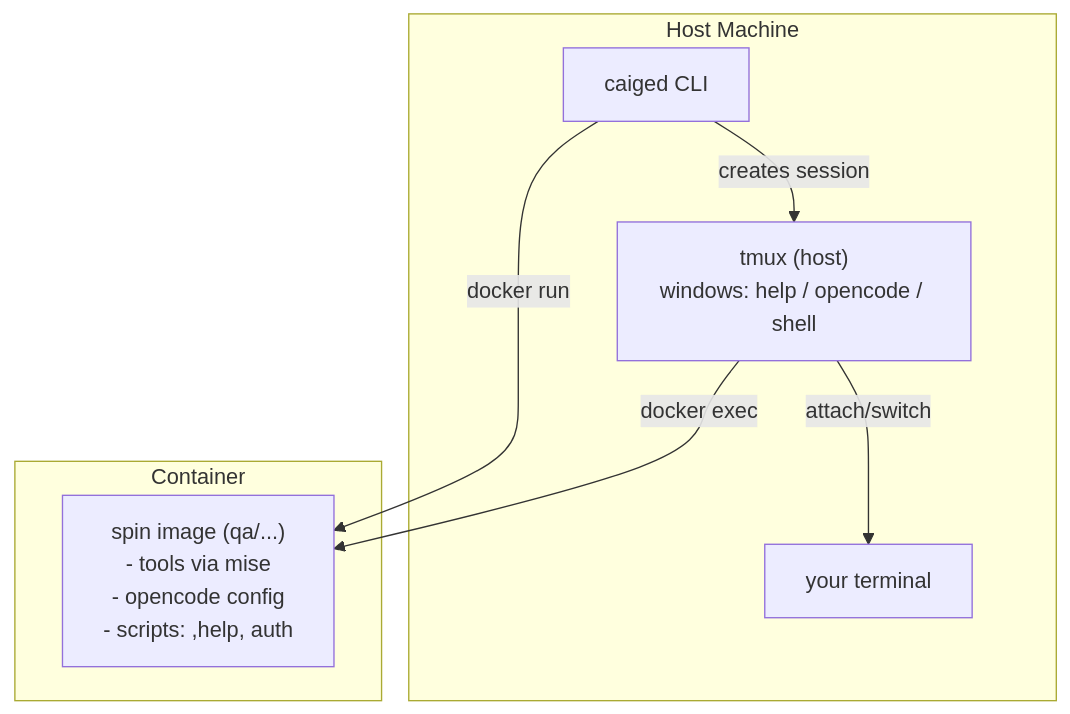
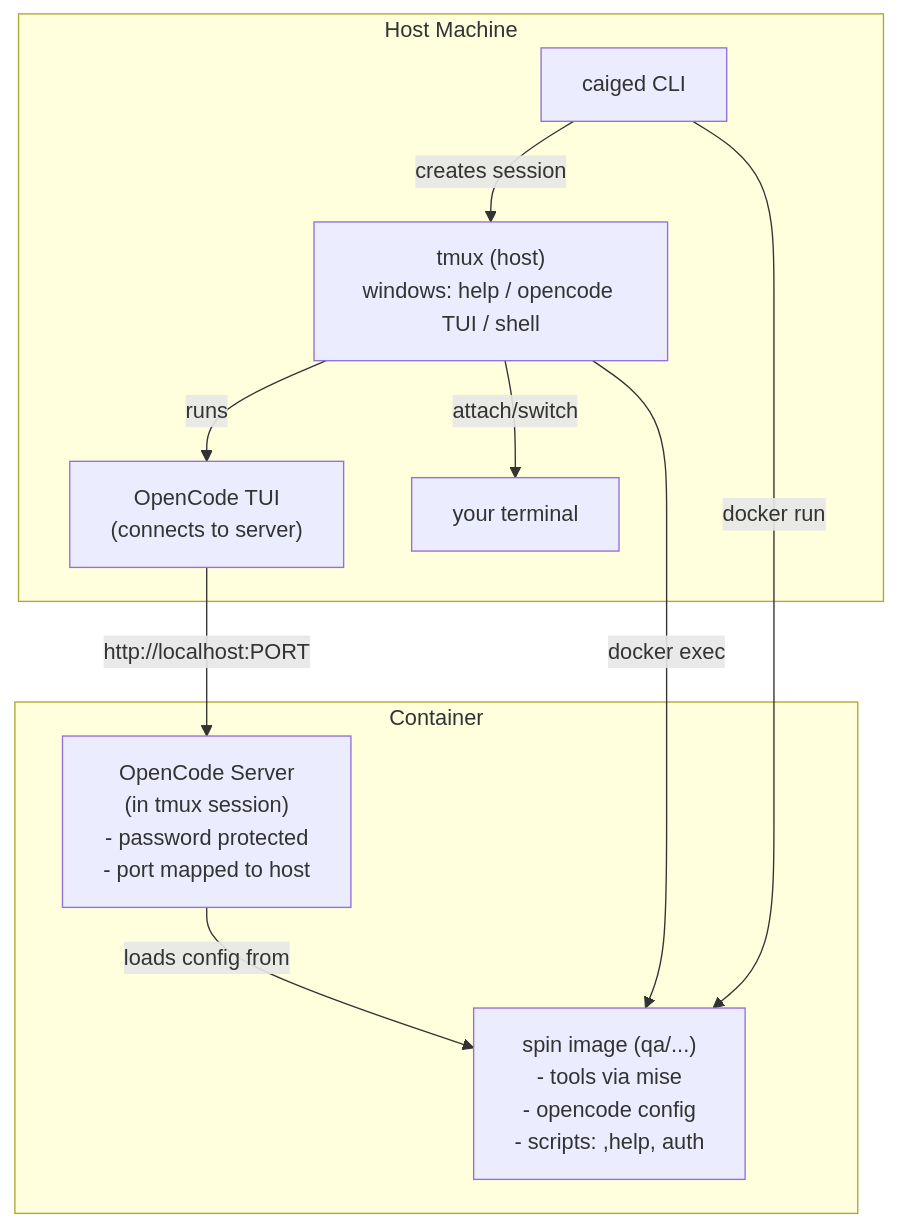
Before and after one commit to david-krentzlin/caiged: the diagram in README.md, drawn with Mermaid. The commit also changed other lines of this file and 16 other files, not shown here.

Commit message:
use opencode in server mode

````diff
--- a/README.md
+++ b/README.md
@@ -98,17 +120,22 @@
 ```mermaid
 flowchart TB
   subgraph Host[Host Machine]
     CLI[caiged CLI]
-    TMUX["tmux (host)<br/>windows: help / opencode / shell"]
+    TMUX["tmux (host)<br/>windows: help / opencode TUI / shell"]
+    TUI["OpenCode TUI<br/>(connects to server)"]
     TERM[your terminal]
     CLI -->|creates session| TMUX
+    TMUX -->|runs| TUI
     TMUX -->|attach/switch| TERM
   end
 
   subgraph Container[Container]
+    SERVER["OpenCode Server<br/>(in tmux session)<br/>- password protected<br/>- port mapped to host"]
     IMG["spin image (qa/...)<br/>- tools via mise<br/>- opencode config<br/>- scripts: ,help, auth"]
+    SERVER -->|loads config from| IMG
   end
 
   CLI -->|docker run| IMG
+  TUI -->|http://localhost:PORT| SERVER
   TMUX -->|docker exec| IMG
 ```
````
